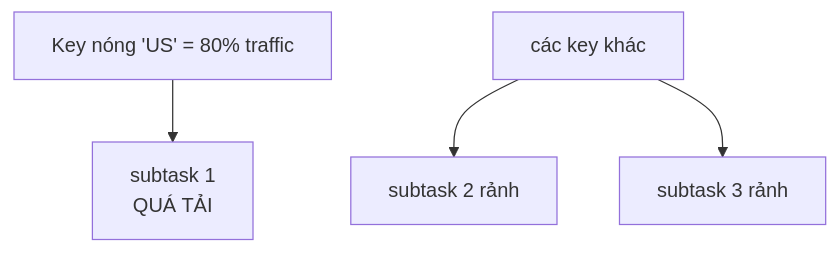
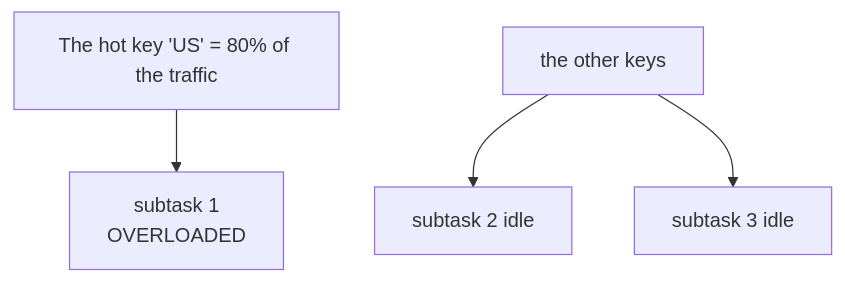
One commit to vuhoang001/knowledge changed the second of 3 diagrams in i18n/en/docusaurus-plugin-content-docs/current/etl/flink/skills/backpressure-tuning.md. Above: the diagram before and after it, drawn with Mermaid. The commit also changed other lines of this file and 21 other files, not shown here.

````diff
--- a/i18n/en/docusaurus-plugin-content-docs/current/etl/flink/skills/backpressure-tuning.md
+++ b/i18n/en/docusaurus-plugin-content-docs/current/etl/flink/skills/backpressure-tuning.md
@@ -106,6 +105,6 @@
 ```mermaid
 graph TD
-    K["Key nóng 'US' = 80% traffic"] --> S1["subtask 1<br/>QUÁ TẢI"]
-    A[các key khác] --> S2["subtask 2 rảnh"]
-    A --> S3["subtask 3 rảnh"]
+    K["The hot key 'US' = 80% of the traffic"] --> S1["subtask 1<br/>OVERLOADED"]
+    A[the other keys] --> S2["subtask 2 idle"]
+    A --> S3["subtask 3 idle"]
 ```
````
